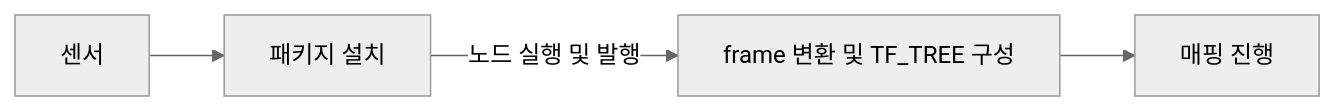
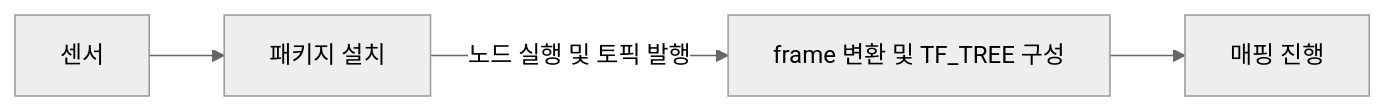
One commit to ngyh-1002/scout_robot changed the diagram in slam_enbd.md. Above: the diagram before and after it, drawn with Mermaid (neutral theme).

````diff
--- a/slam_enbd.md
+++ b/slam_enbd.md
@@ -82,8 +82,8 @@
 ```mermaid
 flowchart LR
 
     A[센서]
     A --> B[패키지 설치]
-    B --> |노드 실행 및 발행|D[frame 변환 및 TF_TREE 구성]
+    B --> |노드 실행 및 토픽 발행|D[frame 변환 및 TF_TREE 구성]
     D --> E[매핑 진행]
 ```
````
